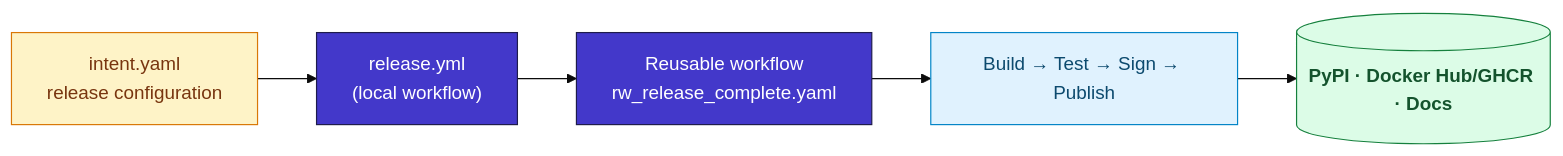
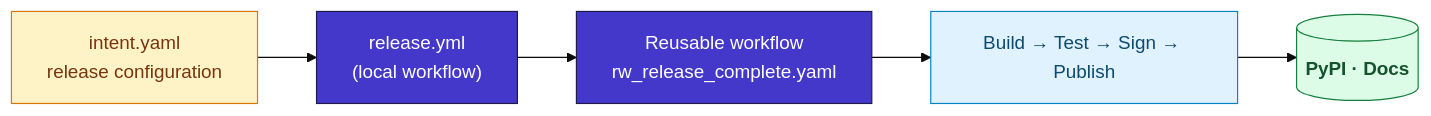
One commit to Chisanan232/abe-kafka changed the first of 3 diagrams in docs/contents/development/ci-cd/release-system.mdx. Above: the diagram before and after it, drawn with Mermaid (base theme). The commit also changed other lines of this file and 3 other files, not shown here.

````diff
--- a/docs/contents/development/ci-cd/release-system.mdx
+++ b/docs/contents/development/ci-cd/release-system.mdx
@@ -24,15 +24,15 @@
 ```mermaid
 flowchart LR
     classDef config fill:#fef3c7,stroke:#d97706,color:#78350f;
     classDef workflow fill:#4338ca,stroke:#1e1b4b,color:#fff;
     classDef jobs fill:#e0f2fe,stroke:#0284c7,color:#0c4a6e;
     classDef targets fill:#dcfce7,stroke:#15803d,color:#14532d,font-weight:bold;
 
     intent[intent.yaml<br/>release configuration]:::config
     trigger["release.yml<br/>(local workflow)"]:::workflow
     reusable["Reusable workflow<br/>rw_release_complete.yaml"]:::workflow
     jobs[Build → Test → Sign → Publish]:::jobs
-    targets[(PyPI · Docker Hub/GHCR · Docs)]:::targets
+    targets[(PyPI · Docs)]:::targets
 
     intent --> trigger --> reusable --> jobs --> targets
 ```
````
